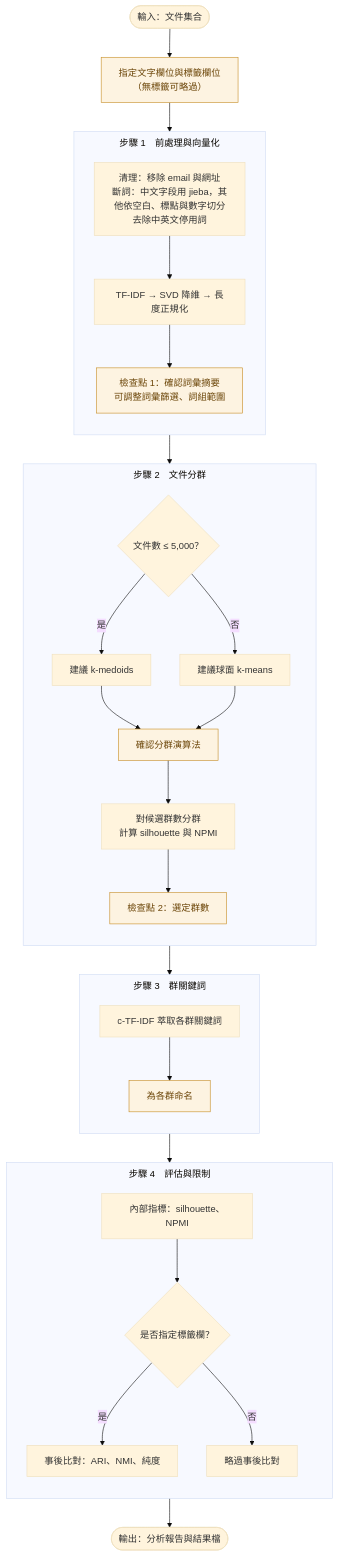
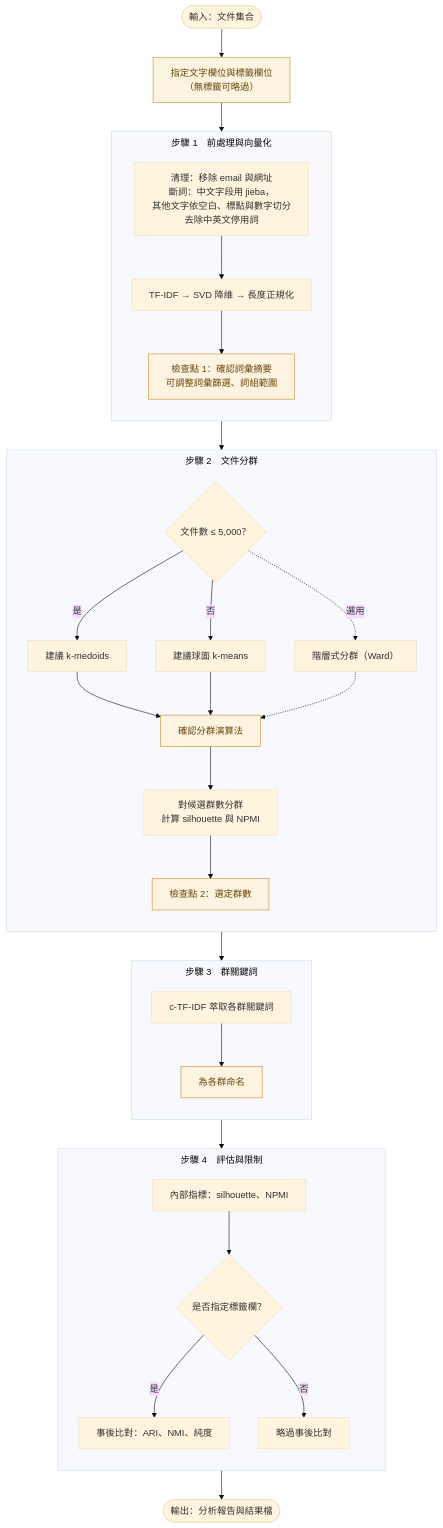
Before and after one commit to Laidym/Unsupervised-Learning---Document-Clustering: the diagram in README.md, drawn with Mermaid (base theme). The commit also changed 1 other file, not shown here.

Commit message:
README 流程圖：步驟 1 文字框加寬，步驟 2 加入階層式分群（選用）

````diff
--- a/README.md
+++ b/README.md
@@ -30,49 +30,52 @@
 ``` mermaid
 ---
 config:
   flowchart:
+    wrappingWidth: 400
     subGraphTitleMargin:
       top: 8
       bottom: 8
 ---
 flowchart TD
   A(["輸入：文件集合"]) --> B["指定文字欄位與標籤欄位<br/>（無標籤可略過）"]:::user
 
   subgraph S1["步驟 1　前處理與向量化"]
     direction TB
-    D["清理：移除 email 與網址<br/>斷詞：中文字段用 jieba，其他依空白、標點與數字切分<br/>去除中英文停用詞"]
+    D["清理：移除 email 與網址<br/>斷詞：中文字段用 jieba，<br/>其他文字依空白、標點與數字切分<br/>去除中英文停用詞"]
     D --> E["TF-IDF → SVD 降維 → 長度正規化"]
     E --> CP1["檢查點 1：確認詞彙摘要<br/>可調整詞彙篩選、詞組範圍"]:::user
   end
 
   subgraph S2["步驟 2　文件分群"]
     direction TB
     N{"文件數 ≤ 5,000？"}
     N -->|是| M1["建議 k-medoids"]
     N -->|否| M2["建議球面 k-means"]
+    N -.->|選用| M3["階層式分群（Ward）"]
     M1 --> U["確認分群演算法"]:::user
     M2 --> U
+    M3 -.-> U
     U --> F["對候選群數分群<br/>計算 silhouette 與 NPMI"]
     F --> CP2["檢查點 2：選定群數"]:::user
   end
 
   subgraph S3["步驟 3　群關鍵詞"]
     direction TB
     G["c-TF-IDF 萃取各群關鍵詞"] --> NM["為各群命名"]:::user
   end
 
   subgraph S4["步驟 4　評估與限制"]
     direction TB
     I["內部指標：silhouette、NPMI"] --> J{"是否指定標籤欄？"}
     J -->|是| K["事後比對：ARI、NMI、純度"]
     J -->|否| L["略過事後比對"]
   end
 
   B --> S1
   S1 --> S2
   S2 --> S3
   S3 --> S4
   S4 --> R(["輸出：分析報告與結果檔"])
 
   classDef user fill:#fdf3e1,stroke:#c58a1f,color:#6b4508
 ```
````
